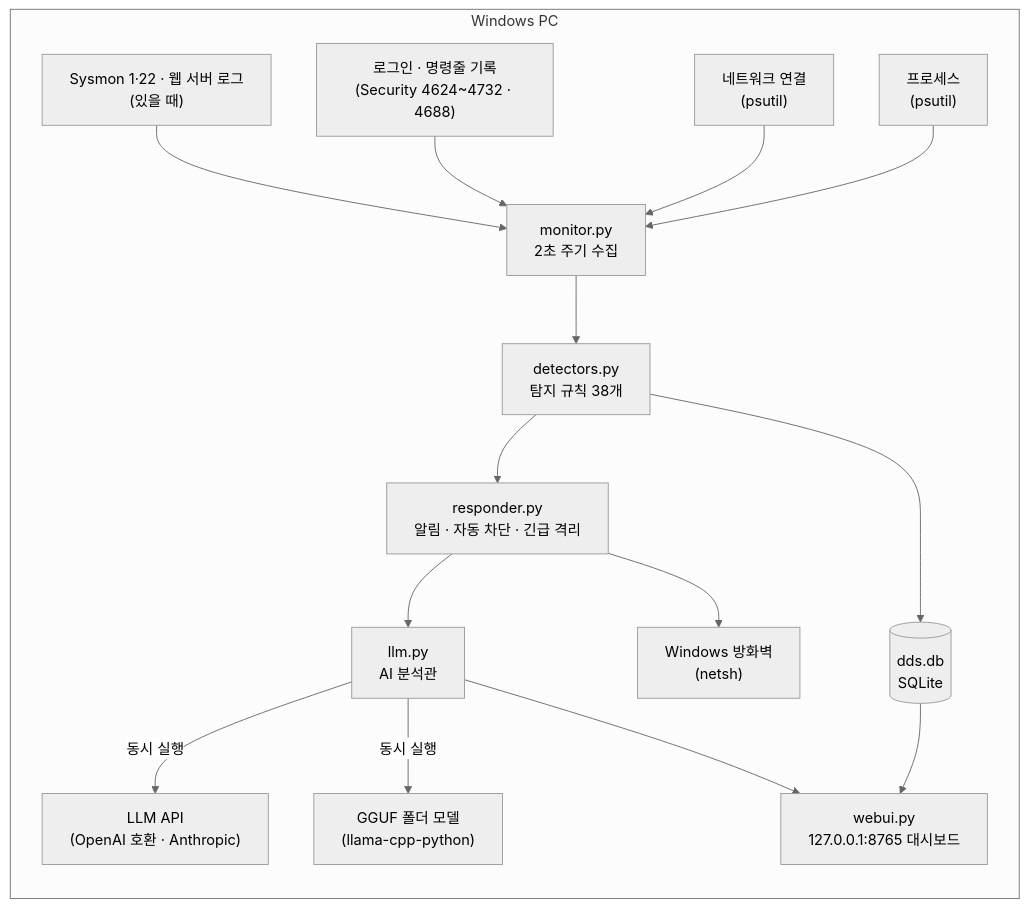
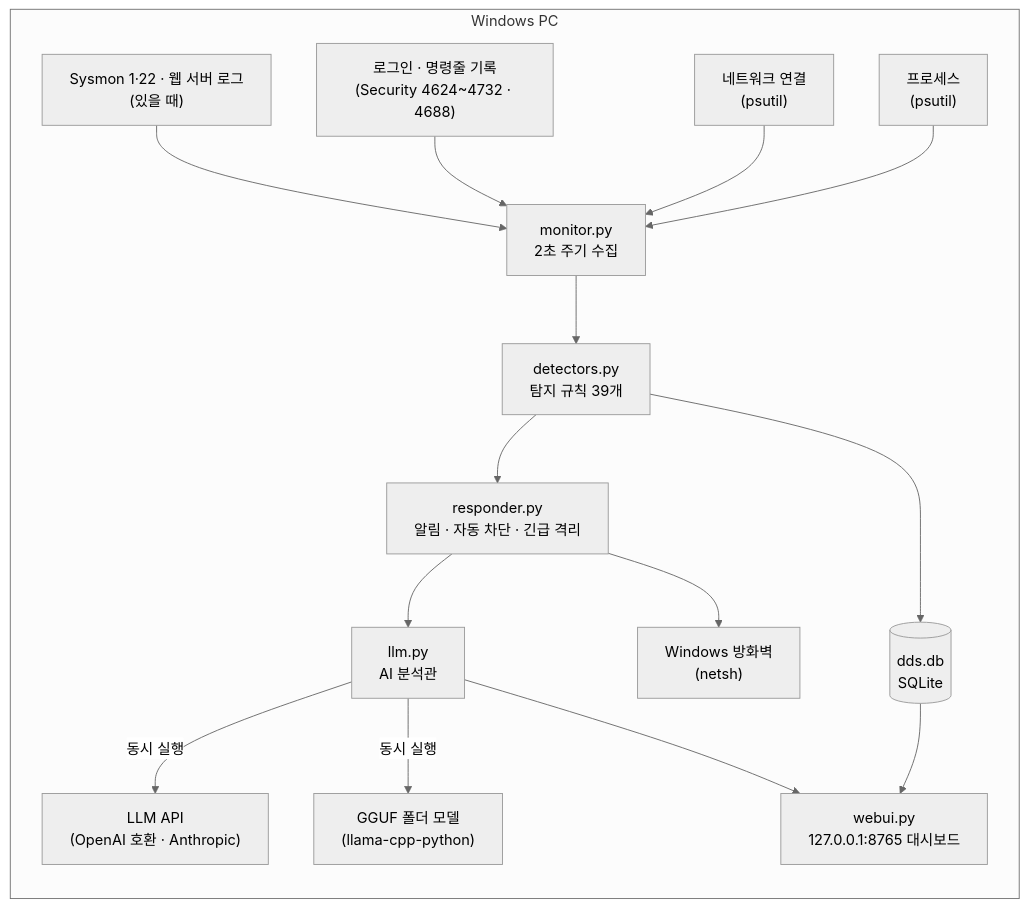
Before and after one commit to Forests2/StayThere-IDS: the diagram in README.md, drawn with Mermaid (neutral theme). The commit also changed other lines of this file and 11 other files, not shown here.

````diff
--- a/README.md
+++ b/README.md
@@ -110,18 +112,18 @@
 ```mermaid
 flowchart LR
   subgraph PC["Windows PC"]
     C1["프로세스<br/>(psutil)"] --> M
     C2["네트워크 연결<br/>(psutil)"] --> M
     C3["로그인 · 명령줄 기록<br/>(Security 4624~4732 · 4688)"] --> M
     C4["Sysmon 1·22 · 웹 서버 로그<br/>(있을 때)"] --> M
-    M["monitor.py<br/>2초 주기 수집"] --> D["detectors.py<br/>탐지 규칙 38개"]
+    M["monitor.py<br/>2초 주기 수집"] --> D["detectors.py<br/>탐지 규칙 39개"]
     D --> DB[("dds.db<br/>SQLite")]
     D --> R["responder.py<br/>알림 · 자동 차단 · 긴급 격리"]
     R --> FW["Windows 방화벽<br/>(netsh)"]
     R --> A["llm.py<br/>AI 분석관"]
     A -->|동시 실행| API["LLM API<br/>(OpenAI 호환 · Anthropic)"]
     A -->|동시 실행| G["GGUF 폴더 모델<br/>(llama-cpp-python)"]
     DB --> W["webui.py<br/>127.0.0.1:8765 대시보드"]
     A --> W
   end
 ```
````
